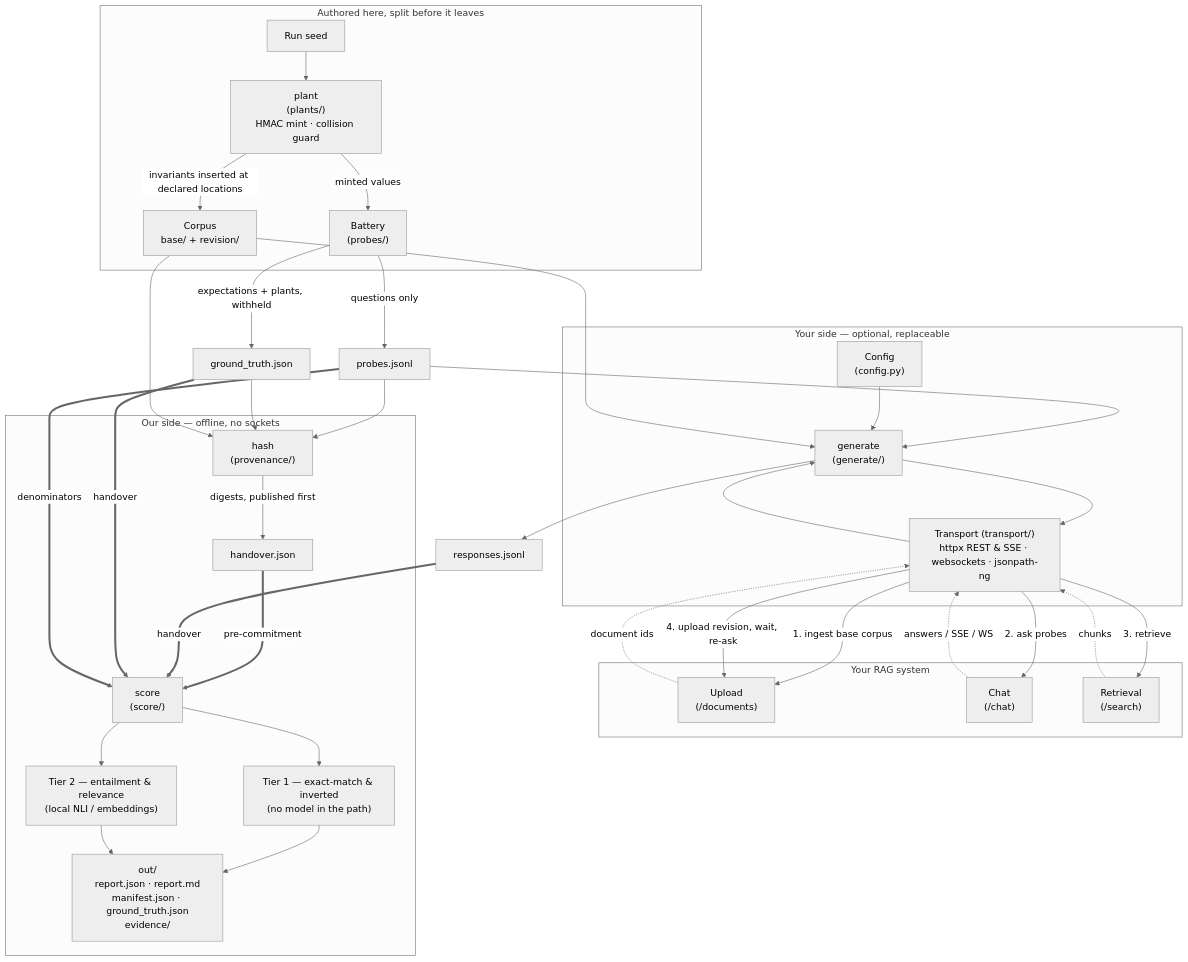
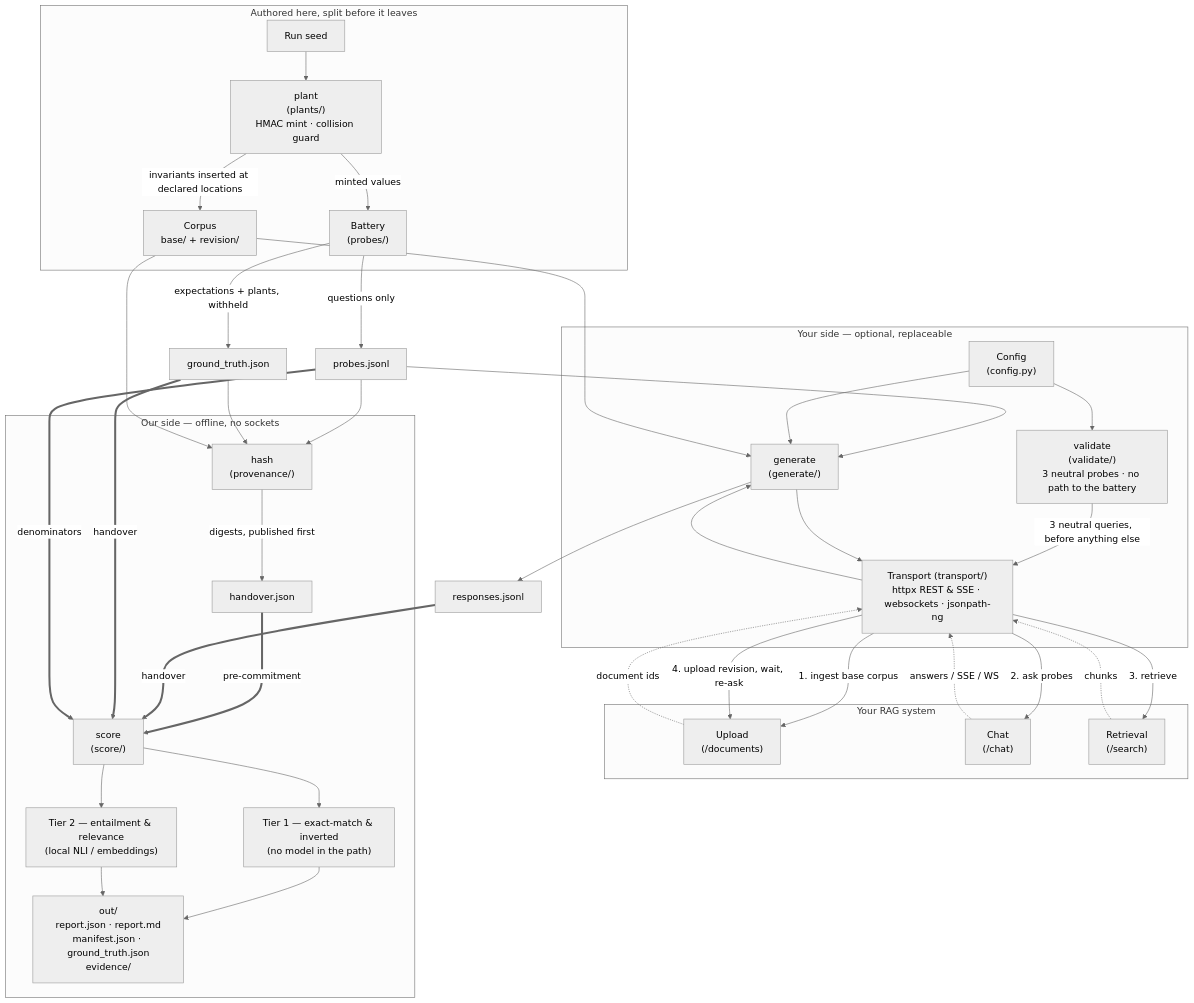
The diagram in README.md (azterizm/legal-rag-audit), drawn with Mermaid (neutral theme) before and after one commit. The commit also changed other lines of this file and 12 other files, not shown here.

````diff
--- a/README.md
+++ b/README.md
@@ -175,58 +175,61 @@
 ```mermaid
 flowchart TD
     subgraph Authoring ["Authored here, split before it leaves"]
         SEED["Run seed"]
         PLANT["plant<br/>(plants/)<br/>HMAC mint · collision guard"]
         BATTERY["Battery<br/>(probes/)"]
         CORPUS["Corpus<br/>base/ + revision/"]
     end
     subgraph Theirs ["Your side — optional, replaceable"]
         CFG["Config<br/>(config.py)"]
+        VAL["validate<br/>(validate/)<br/>3 neutral probes · no path to the battery"]
         GEN["generate<br/>(generate/)"]
         TRANSPORT["Transport (transport/)<br/>httpx REST & SSE · websockets · jsonpath-ng"]
     end
     subgraph Target ["Your RAG system"]
         UPLOAD_EP["Upload<br/>(/documents)"]
         CHAT_EP["Chat<br/>(/chat)"]
         RET_EP["Retrieval<br/>(/search)"]
     end
     subgraph Ours ["Our side — offline, no sockets"]
         HASH["hash<br/>(provenance/)"]
         HANDOVER["handover.json"]
         SCORE["score<br/>(score/)"]
         E_EXACT["Tier 1 — exact-match & inverted<br/>(no model in the path)"]
         E_NLI["Tier 2 — entailment & relevance<br/>(local NLI / embeddings)"]
         REP_JSON["out/<br/>report.json · report.md<br/>manifest.json · ground_truth.json<br/>evidence/"]
     end
 
     SEED --> PLANT
     PLANT -->|invariants inserted at declared locations| CORPUS
     PLANT -->|minted values| BATTERY
     BATTERY -->|questions only| PROBES["probes.jsonl"]
     BATTERY -->|expectations + plants, withheld| GT["ground_truth.json"]
     PROBES --> HASH
     GT --> HASH
     CORPUS --> HASH
     HASH -->|digests, published first| HANDOVER
     HANDOVER ==>|pre-commitment| SCORE
     PROBES --> GEN
     CFG --> GEN
+    CFG --> VAL
+    VAL -->|3 neutral queries, before anything else| TRANSPORT
     CORPUS --> GEN
     GEN --> TRANSPORT
     TRANSPORT -->|1. ingest base corpus| UPLOAD_EP
     TRANSPORT -->|2. ask probes| CHAT_EP
     TRANSPORT -->|3. retrieve| RET_EP
     TRANSPORT -->|4. upload revision, wait, re-ask| UPLOAD_EP
     UPLOAD_EP -.->|document ids| TRANSPORT
     CHAT_EP -.->|answers / SSE / WS| TRANSPORT
     RET_EP -.->|chunks| TRANSPORT
     TRANSPORT --> GEN
     GEN --> RESP["responses.jsonl"]
     RESP ==>|handover| SCORE
     GT ==>|handover| SCORE
     PROBES ==>|denominators| SCORE
     SCORE --> E_EXACT
     SCORE --> E_NLI
     E_EXACT --> REP_JSON
     E_NLI --> REP_JSON
 ```
````
